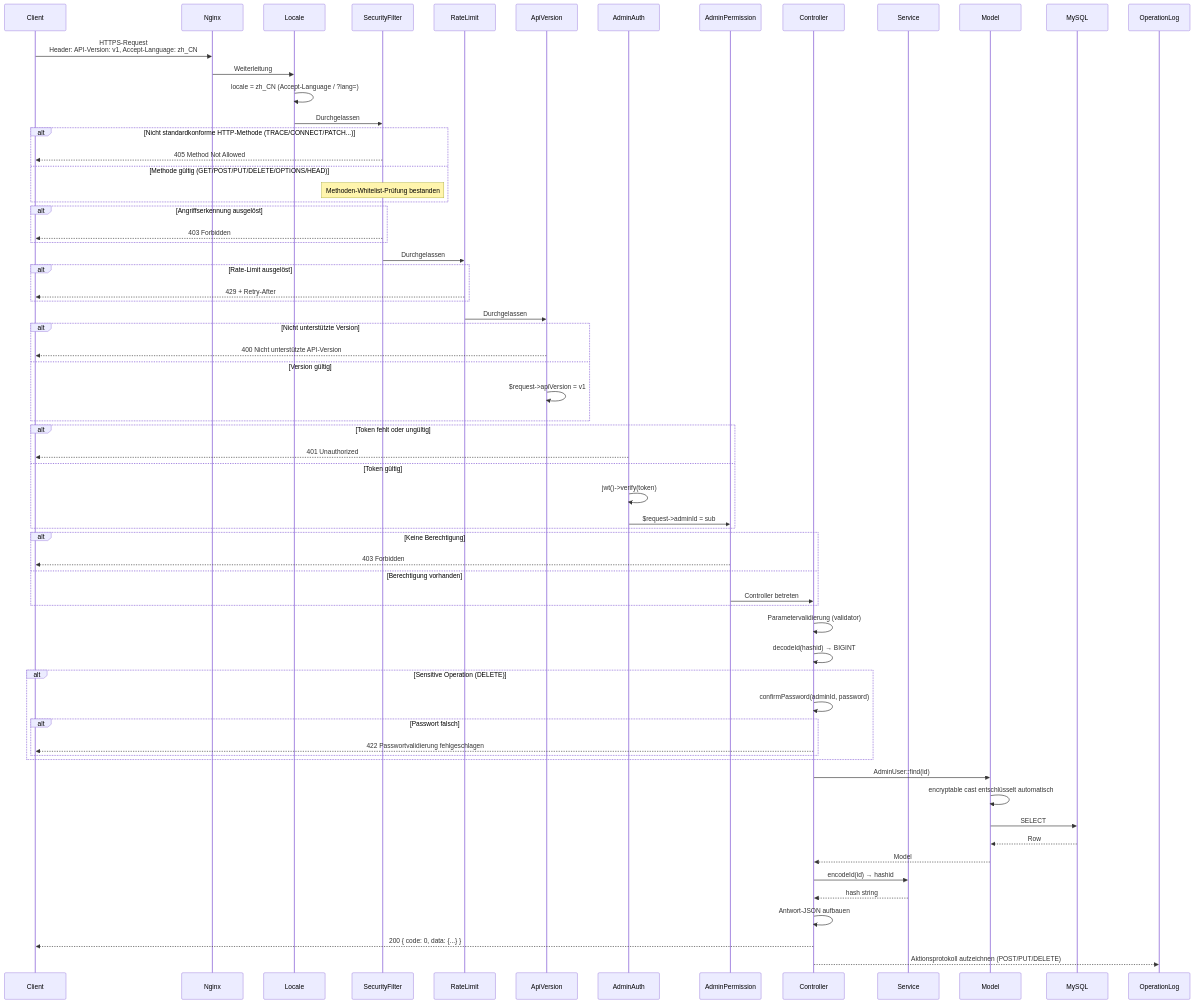
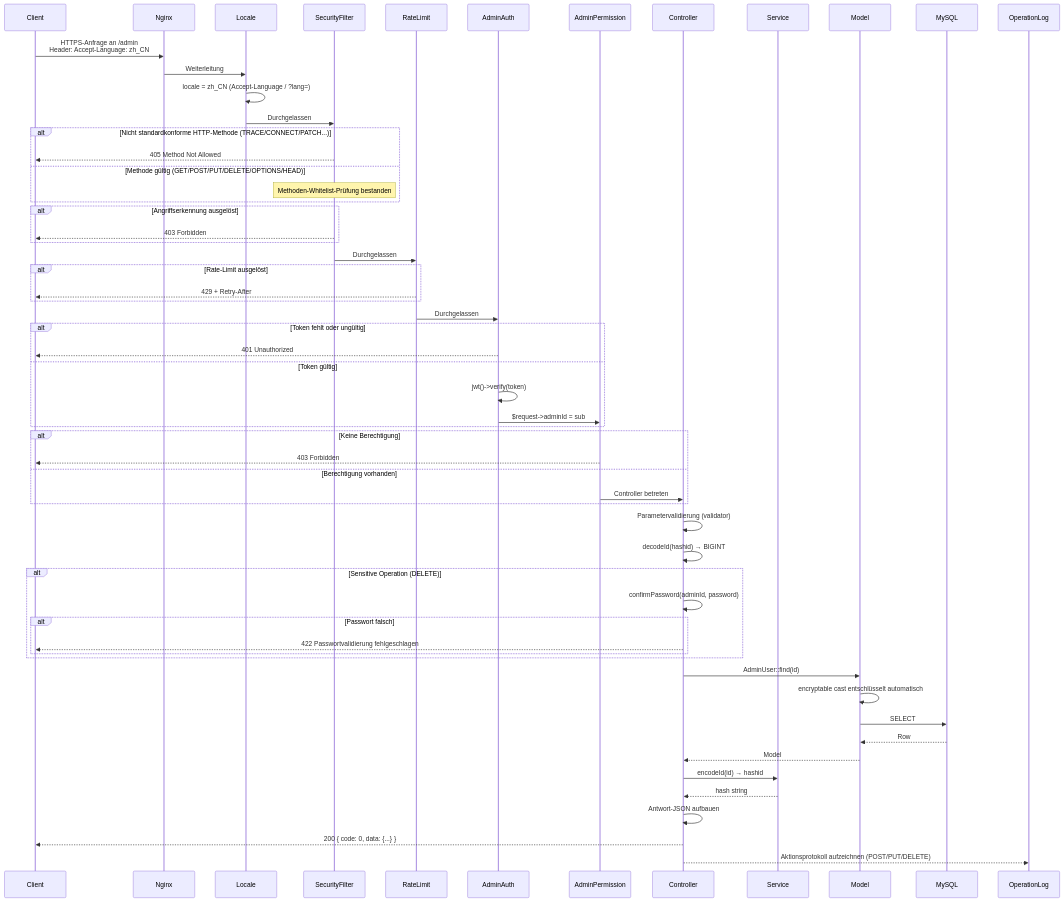
One commit to erikwang2013/open-admin changed the third of 14 diagrams in docs/ARCHITECTURE.de.md. Above: the diagram before and after it, drawn with Mermaid. The commit also changed other lines of this file and 115 other files, not shown here.

First line of the commit message:
功能：新增项目宠物「小安」、站点首页与手写 SVG 设计图集；全部文档对齐代码

````diff
--- a/docs/ARCHITECTURE.de.md
+++ b/docs/ARCHITECTURE.de.md
@@ -147,82 +144,75 @@
 ```mermaid
 sequenceDiagram
     participant C as Client
     participant N as Nginx
     participant MW_LOC as Locale
     participant MW_SF as SecurityFilter
     participant MW_RL as RateLimit
-    participant MW0 as ApiVersion
     participant MW1 as AdminAuth
     participant MW2 as AdminPermission
     participant CTL as Controller
     participant SVC as Service
     participant MDL as Model
     participant DB as MySQL
     participant OPLOG as OperationLog
 
-    C->>N: HTTPS-Request<br/>Header: API-Version: v1, Accept-Language: zh_CN
+    C->>N: HTTPS-Anfrage an /admin<br/>Header: Accept-Language: zh_CN
     N->>MW_LOC: Weiterleitung
 
     MW_LOC->>MW_LOC: locale = zh_CN (Accept-Language / ?lang=)
     MW_LOC->>MW_SF: Durchgelassen
 
     alt Nicht standardkonforme HTTP-Methode (TRACE/CONNECT/PATCH...)
         MW_SF-->>C: 405 Method Not Allowed
     else Methode gültig (GET/POST/PUT/DELETE/OPTIONS/HEAD)
         Note over MW_SF: Methoden-Whitelist-Prüfung bestanden
     end
 
     alt Angriffserkennung ausgelöst
         MW_SF-->>C: 403 Forbidden
     end
 
     MW_SF->>MW_RL: Durchgelassen
 
     alt Rate-Limit ausgelöst
         MW_RL-->>C: 429 + Retry-After
     end
 
-    MW_RL->>MW0: Durchgelassen
-
-    alt Nicht unterstützte Version
-        MW0-->>C: 400 Nicht unterstützte API-Version
-    else Version gültig
-        MW0->>MW0: $request->apiVersion = v1
-    end
+    MW_RL->>MW1: Durchgelassen
 
     alt Token fehlt oder ungültig
         MW1-->>C: 401 Unauthorized
     else Token gültig
         MW1->>MW1: jwt()->verify(token)
         MW1->>MW2: $request->adminId = sub
     end
 
     alt Keine Berechtigung
         MW2-->>C: 403 Forbidden
     else Berechtigung vorhanden
         MW2->>CTL: Controller betreten
     end
 
     CTL->>CTL: Parametervalidierung (validator)
     CTL->>CTL: decodeId(hashid) → BIGINT
 
     alt Sensitive Operation (DELETE)
         CTL->>CTL: confirmPassword(adminId, password)
         alt Passwort falsch
             CTL-->>C: 422 Passwortvalidierung fehlgeschlagen
         end
     end
 
     CTL->>MDL: AdminUser::find(id)
     MDL->>MDL: encryptable cast entschlüsselt automatisch
     MDL->>DB: SELECT
     DB-->>MDL: Row
     MDL-->>CTL: Model
 
     CTL->>SVC: encodeId(id) → hashid
     SVC-->>CTL: hash string
 
     CTL->>CTL: Antwort-JSON aufbauen
     CTL-->>C: 200 { code: 0, data: {...} }
     CTL-->>OPLOG: Aktionsprotokoll aufzeichnen (POST/PUT/DELETE)
 ```
````
